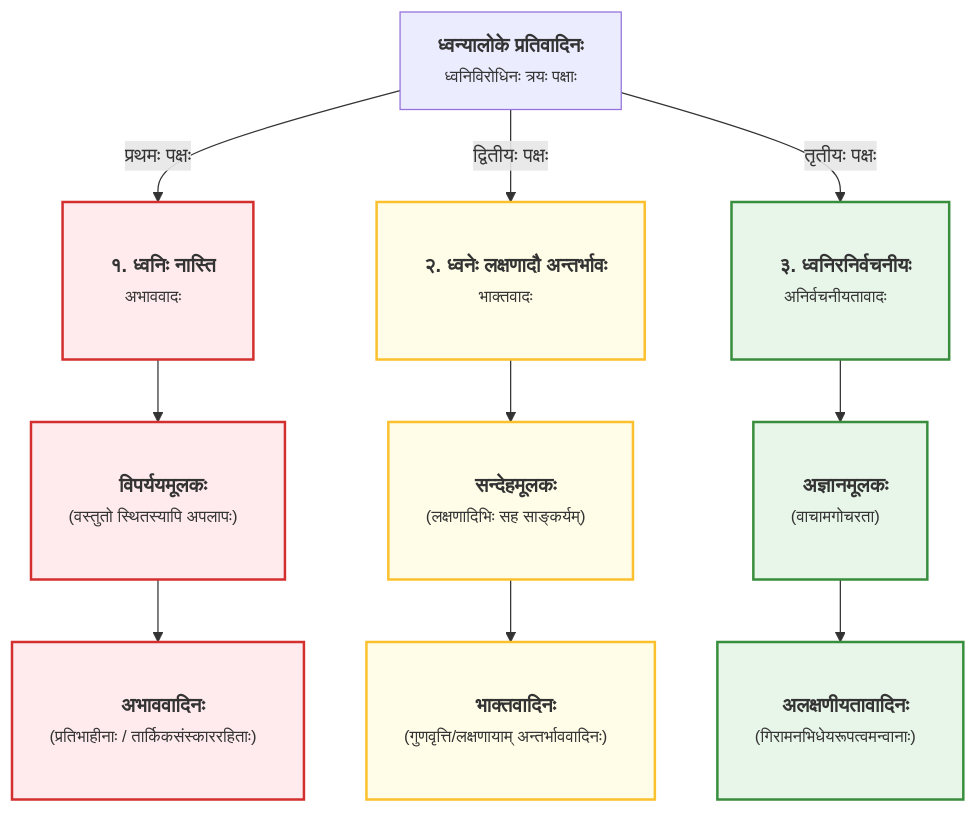
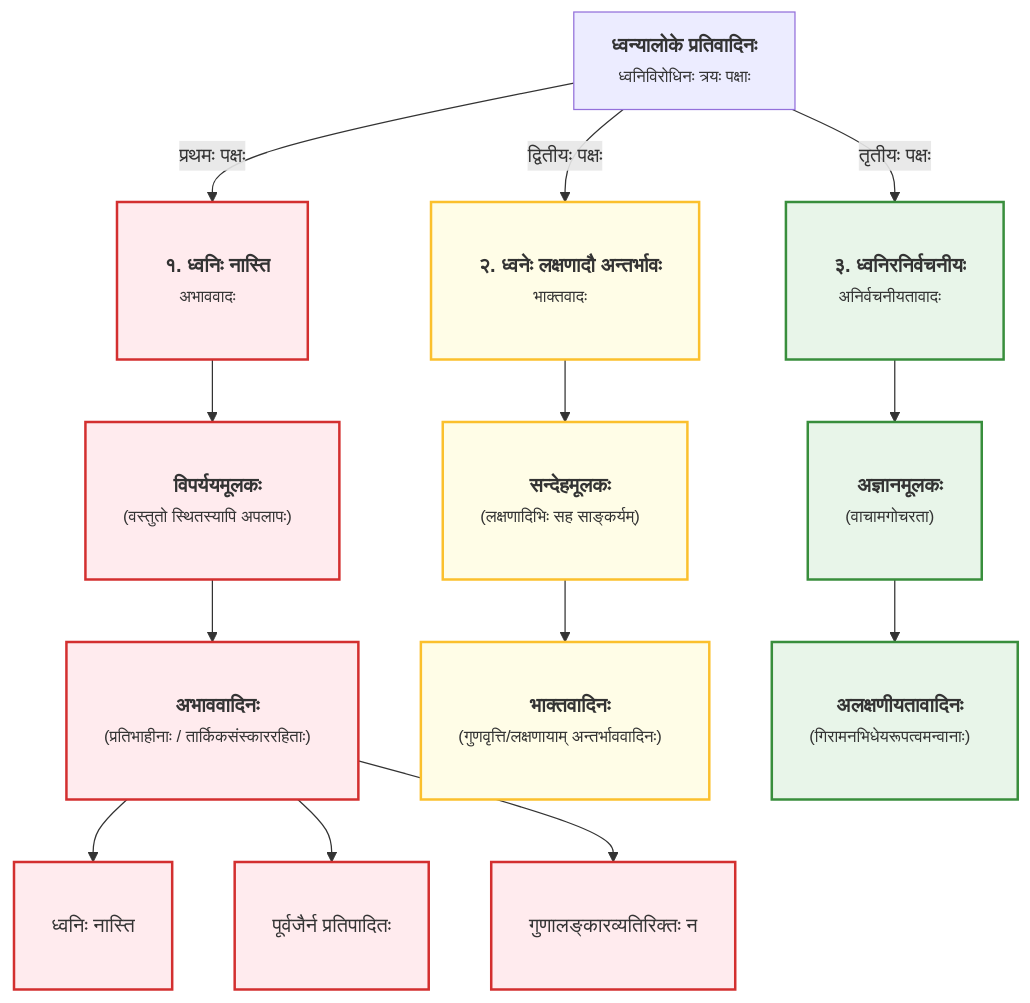
The diagram in shastra/texts/da/00/da00-01.md (vagvibha/sahitya), drawn with Mermaid before and after one commit. The commit also changed 4 other files, not shown here.

````diff
--- a/shastra/texts/da/00/da00-01.md
+++ b/shastra/texts/da/00/da00-01.md
@@ -77,31 +77,39 @@
 ```mermaid
 graph TD
     %% Node Definitions
     Root["<span><b>ध्वन्यालोके प्रतिवादिनः</b><br/><small>ध्वनिविरोधिनः त्रयः पक्षाः</small></span>"]
 
     P1["<span><b>१. ध्वनिः नास्ति</b><br/><small>अभाववादः</small></span>"]:::abhavavadi
     P2["<span><b>२. ध्वनेः लक्षणादौ अन्तर्भावः</b><br/><small>भाक्तवादः</small></span>"]:::bhaktavadi
     P3["<span><b>३. ध्वनिरनिर्वचनीयः</b><br/><small>अनिर्वचनीयतावादः</small></span>"]:::alaxaniyatavadi
 
     Reason1["<span><b>विपर्ययमूलकः</b><br/><small>(वस्तुतो स्थितस्यापि अपलापः)</small></span>"]:::abhavavadi
     Reason2["<span><b>सन्देहमूलकः</b><br/><small>(लक्षणादिभिः सह साङ्कर्यम्)</small></span>"]:::bhaktavadi
     Reason3["<span><b>अज्ञानमूलकः</b><br/><small>(वाचामगोचरता)</small></span>"]:::alaxaniyatavadi
 
     Group1["<span><b>अभाववादिनः</b><br/><small>(प्रतिभाहीनाः / तार्किकसंस्काररहिताः)</small></span>"]:::abhavavadi
     Group2["<span><b>भाक्तवादिनः</b><br/><small>(गुणवृत्ति/लक्षणायाम् अन्तर्भाववादिनः)</small></span>"]:::bhaktavadi
     Group3["<span><b>अलक्षणीयतावादिनः</b><br/><small>(गिरामनभिधेयरूपत्वमन्वानाः)</small></span>"]:::alaxaniyatavadi
 
+    Abhava1["ध्वनिः नास्ति"]:::abhavavadi
+    Abhava2["पूर्वजैर्न प्रतिपादितः"]:::abhavavadi
+    Abhava3["गुणालङ्कारव्यतिरिक्तः न"]:::abhavavadi
+
     %% Connections
     Root -->|प्रथमः पक्षः| P1
     Root -->|द्वितीयः पक्षः| P2
     Root -->|तृतीयः पक्षः| P3
 
     P1 --> Reason1 --> Group1
     P2 --> Reason2 --> Group2
     P3 --> Reason3 --> Group3
 
+    Group1 --> Abhava1
+    Group1 --> Abhava2
+    Group1 --> Abhava3
+
     %% Styling Definitions with compact padding
     classDef abhavavadi fill:#ffebee,stroke:#d32f2f,stroke-width:2px,padding:8px;
     classDef bhaktavadi fill:#fffde7,stroke:#fbc02d,stroke-width:2px,padding:8px;
     classDef alaxaniyatavadi fill:#e8f5e9,stroke:#388e3c,stroke-width:2px,padding:8px;
 ```
````
